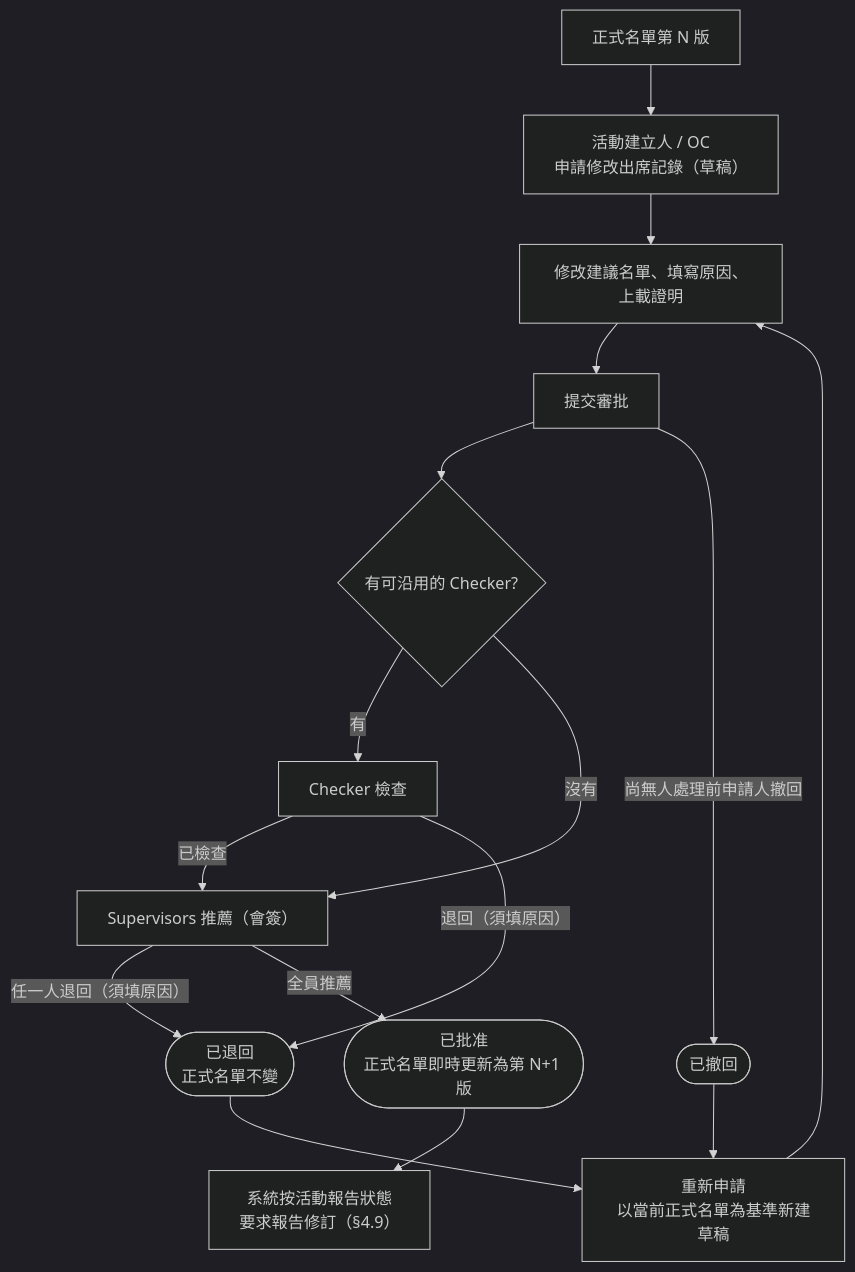
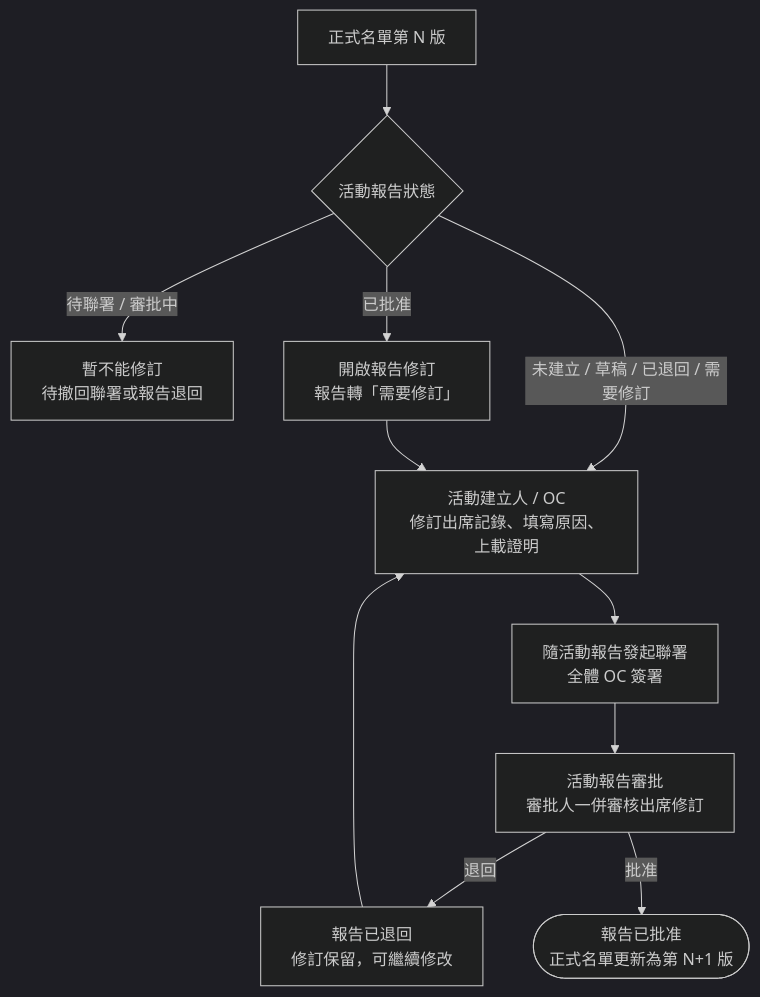
Before and after one commit to OneStar-Projects/SLAS-Docs: the second of 2 diagrams in docs/activity-attendance-guide.md, drawn with Mermaid (dark theme). The commit also changed other lines of this file and 4 other files, not shown here.

````diff
--- a/docs/activity-attendance-guide.md
+++ b/docs/activity-attendance-guide.md
@@ -91,18 +91,13 @@
 ```mermaid
 flowchart TD
-    A[正式名單第 N 版] --> B[活動建立人 / OC<br/>申請修改出席記錄（草稿）]
-    B --> C[修改建議名單、填寫原因、上載證明]
-    C --> D[提交審批]
-    D --> E{有可沿用的 Checker?}
-    E -- 有 --> F[Checker 檢查]
-    E -- 沒有 --> G[Supervisors 推薦（會簽）]
-    F -- 已檢查 --> G
-    F -- 退回（須填原因） --> R([已退回<br/>正式名單不變])
-    G -- 任一人退回（須填原因） --> R
-    G -- 全員推薦 --> OK([已批准<br/>正式名單即時更新為第 N+1 版])
-    D -- 尚無人處理前申請人撤回 --> W([已撤回])
-    R --> RE[重新申請<br/>以當前正式名單為基準新建草稿]
-    W --> RE
-    RE --> C
-    OK --> RPT[系統按活動報告狀態<br/>要求報告修訂（§4.9）]
+    A[正式名單第 N 版] --> B{活動報告狀態}
+    B -- 未建立 / 草稿 / 已退回 / 需要修訂 --> C[活動建立人 / OC<br/>修訂出席記錄、填寫原因、上載證明]
+    B -- 待聯署 / 審批中 --> L[暫不能修訂<br/>待撤回聯署或報告退回]
+    B -- 已批准 --> O[開啟報告修訂<br/>報告轉「需要修訂」]
+    O --> C
+    C --> E[隨活動報告發起聯署<br/>全體 OC 簽署]
+    E --> F[活動報告審批<br/>審批人一併審核出席修訂]
+    F -- 退回 --> R[報告已退回<br/>修訂保留，可繼續修改]
+    R --> C
+    F -- 批准 --> OK([報告已批准<br/>正式名單更新為第 N+1 版])
 ```
````
